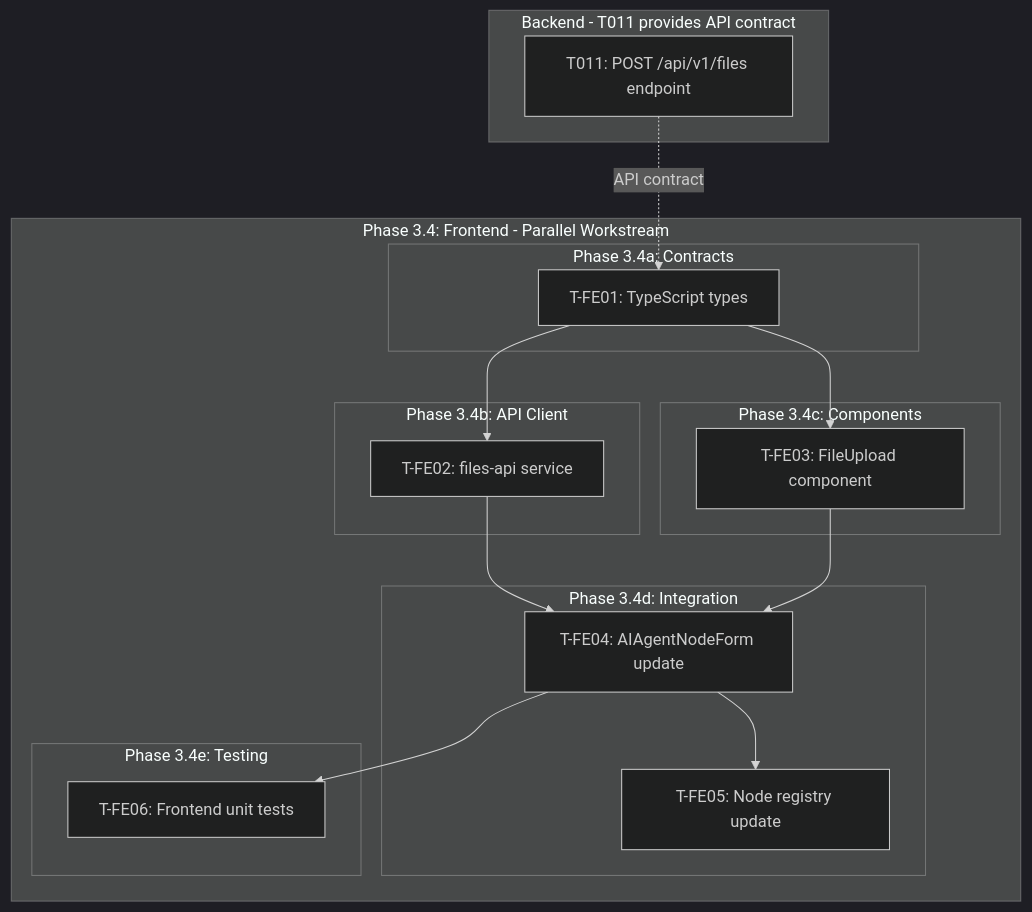
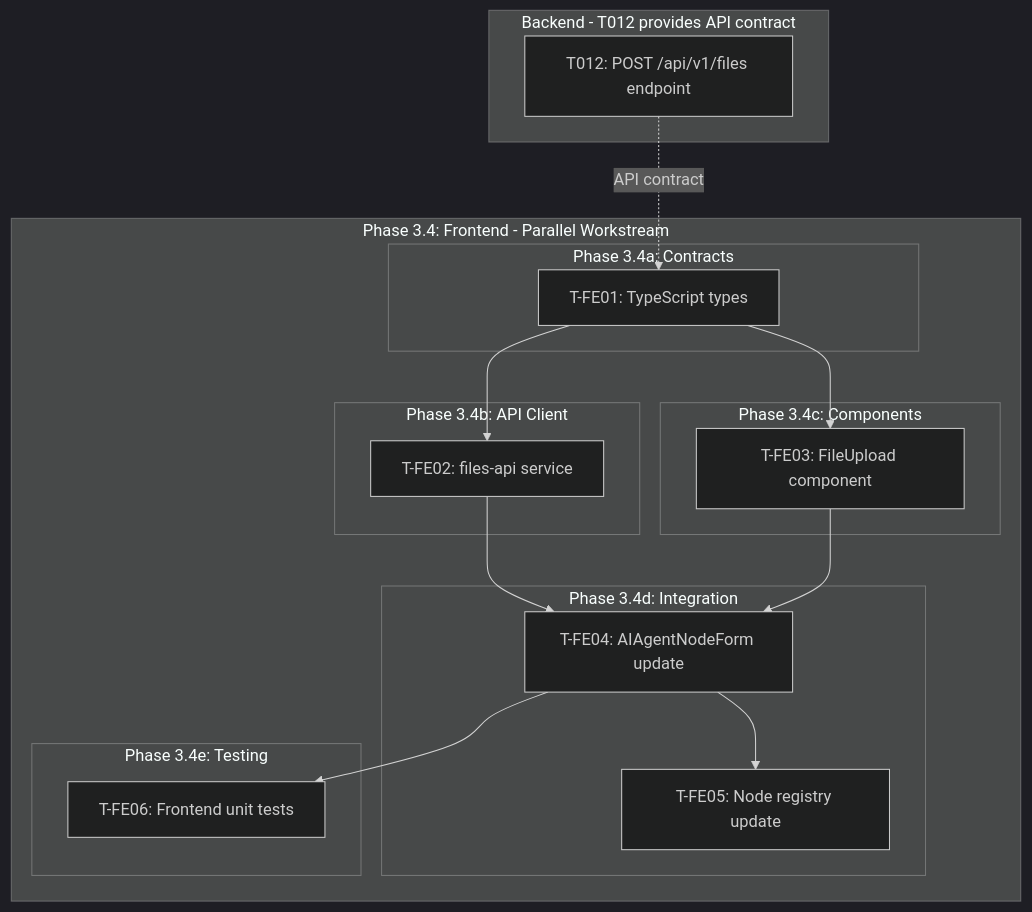
Before and after one commit to alinabuzachis/syntara: the second of 2 diagrams in specs/023-agent-node/tasks.md, drawn with Mermaid (dark theme). The commit also changed other lines of this file and 104 other files, not shown here.

````diff
--- a/specs/023-agent-node/tasks.md
+++ b/specs/023-agent-node/tasks.md
@@ -529,38 +595,38 @@
 ```mermaid
 flowchart TB
     subgraph FrontendTasks[Phase 3.4: Frontend - Parallel Workstream]
         subgraph Contracts[Phase 3.4a: Contracts]
             TFE01[T-FE01: TypeScript types]
         end
 
         subgraph APIClient[Phase 3.4b: API Client]
             TFE02[T-FE02: files-api service]
         end
 
         subgraph Components[Phase 3.4c: Components]
             TFE03[T-FE03: FileUpload component]
         end
 
         subgraph Integration[Phase 3.4d: Integration]
             TFE04[T-FE04: AIAgentNodeForm update]
             TFE05[T-FE05: Node registry update]
         end
 
         subgraph FETests[Phase 3.4e: Testing]
             TFE06[T-FE06: Frontend unit tests]
         end
 
         TFE01 --> TFE02
         TFE01 --> TFE03
         TFE02 --> TFE04
         TFE03 --> TFE04
         TFE04 --> TFE05
         TFE04 --> TFE06
     end
 
-    subgraph Backend[Backend - T011 provides API contract]
-        T011[T011: POST /api/v1/files endpoint]
+    subgraph Backend[Backend - T012 provides API contract]
+        T012[T012: POST /api/v1/files endpoint]
     end
 
-    T011 -.->|API contract| TFE01
+    T012 -.->|API contract| TFE01
 ```
````
